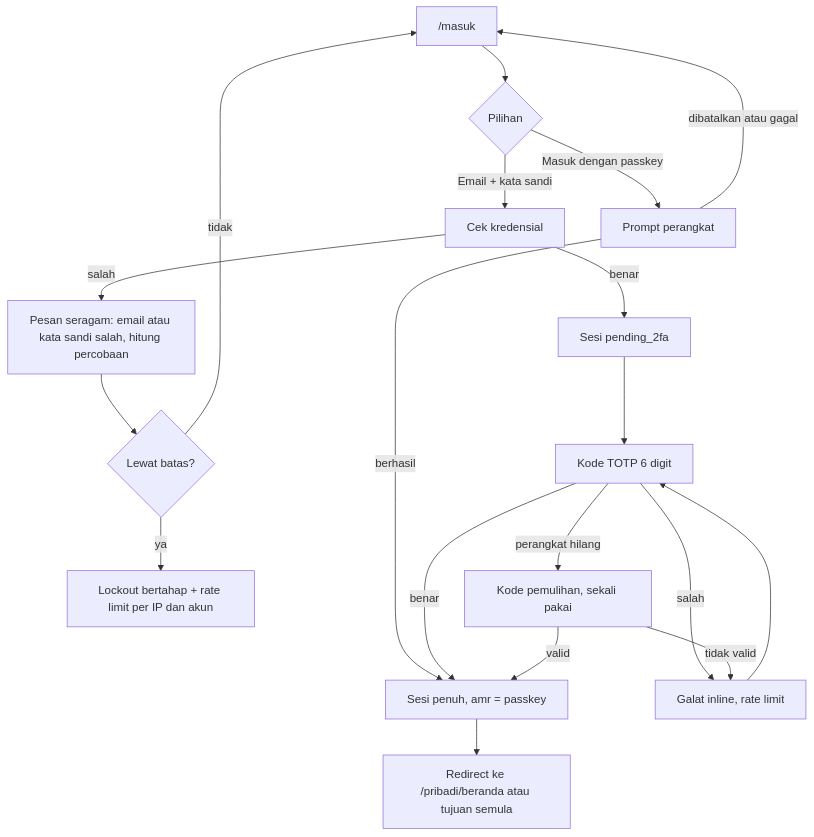
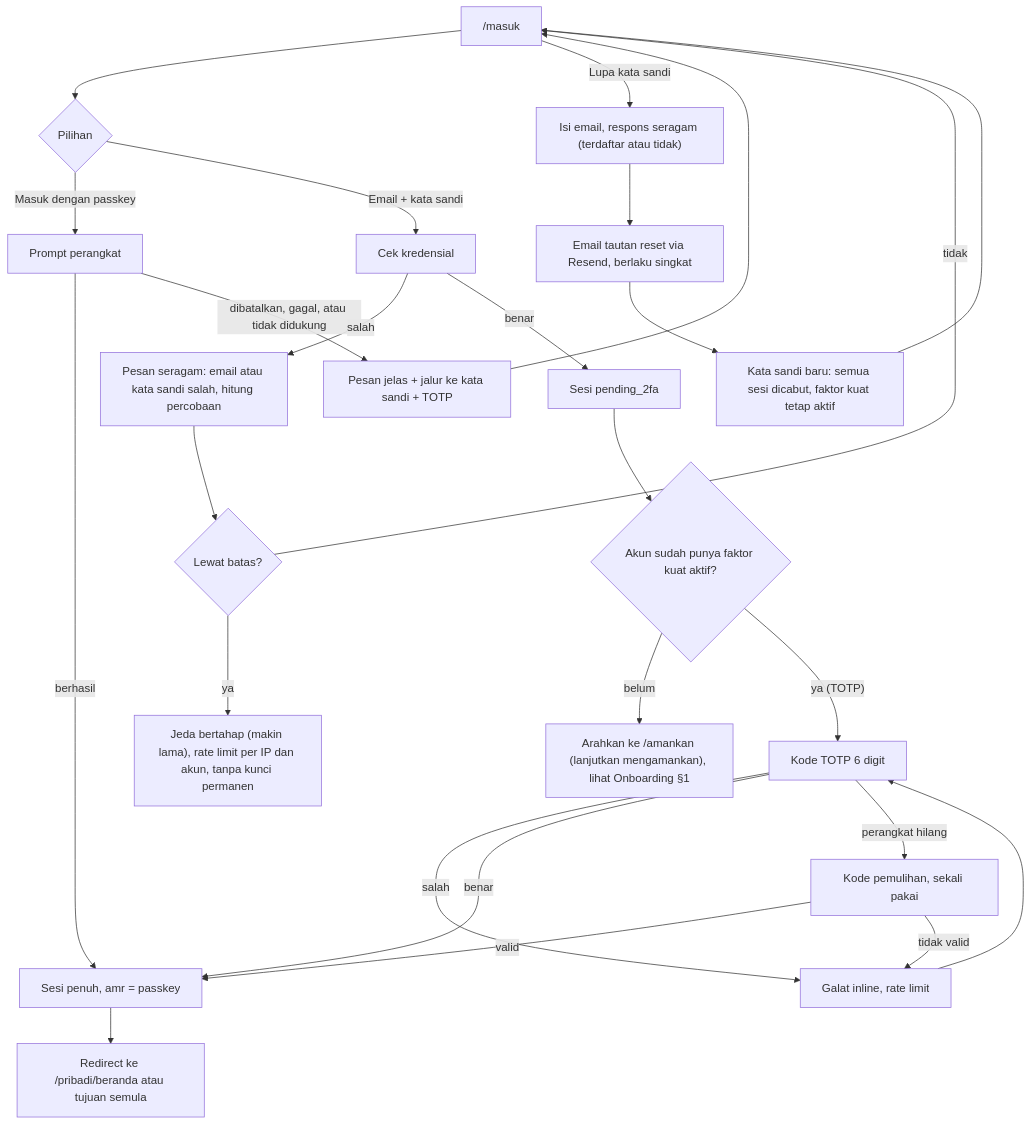
The second of 10 diagrams in docs/product/AFD.md (novandafadly/dompetku-v2), drawn with Mermaid before and after one commit. The commit also changed other lines of this file and 5 other files, not shown here.

````diff
--- a/docs/product/AFD.md
+++ b/docs/product/AFD.md
@@ -41,21 +56,28 @@
 ```mermaid
 flowchart TD
   A["/masuk"] --> B{"Pilihan"}
   B -- "Masuk dengan passkey" --> C["Prompt perangkat"]
   C -- "berhasil" --> Z["Sesi penuh, amr = passkey"]
-  C -- "dibatalkan atau gagal" --> A
+  C -- "dibatalkan, gagal, atau tidak didukung" --> A1["Pesan jelas + jalur ke kata sandi + TOTP"]
+  A1 --> A
   B -- "Email + kata sandi" --> D["Cek kredensial"]
   D -- "salah" --> D1["Pesan seragam: email atau kata sandi salah, hitung percobaan"]
   D1 --> D2{"Lewat batas?"}
-  D2 -- "ya" --> D3["Lockout bertahap + rate limit per IP dan akun"]
+  D2 -- "ya" --> D3["Jeda bertahap (makin lama), rate limit per IP dan akun, tanpa kunci permanen"]
   D2 -- "tidak" --> A
   D -- "benar" --> E["Sesi pending_2fa"]
-  E --> F["Kode TOTP 6 digit"]
+  E --> E1{"Akun sudah punya faktor kuat aktif?"}
+  E1 -- "belum" --> E2["Arahkan ke /amankan (lanjutkan mengamankan), lihat Onboarding §1"]
+  E1 -- "ya (TOTP)" --> F["Kode TOTP 6 digit"]
   F -- "salah" --> F1["Galat inline, rate limit"]
   F1 --> F
   F -- "benar" --> Z
   F -- "perangkat hilang" --> G["Kode pemulihan, sekali pakai"]
   G -- "valid" --> Z
   G -- "tidak valid" --> F1
   Z --> H["Redirect ke /pribadi/beranda atau tujuan semula"]
+  A -- "Lupa kata sandi" --> R["Isi email, respons seragam (terdaftar atau tidak)"]
+  R --> R1["Email tautan reset via Resend, berlaku singkat"]
+  R1 --> R2["Kata sandi baru: semua sesi dicabut, faktor kuat tetap aktif"]
+  R2 --> A
 ```
````
